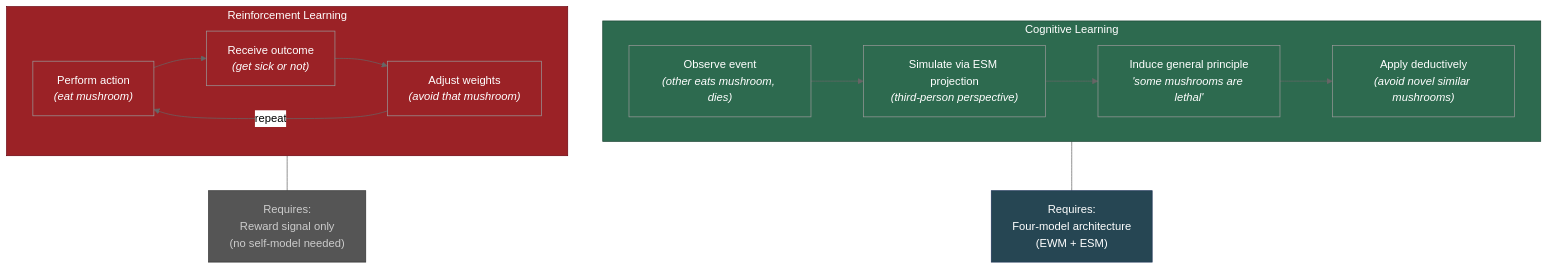
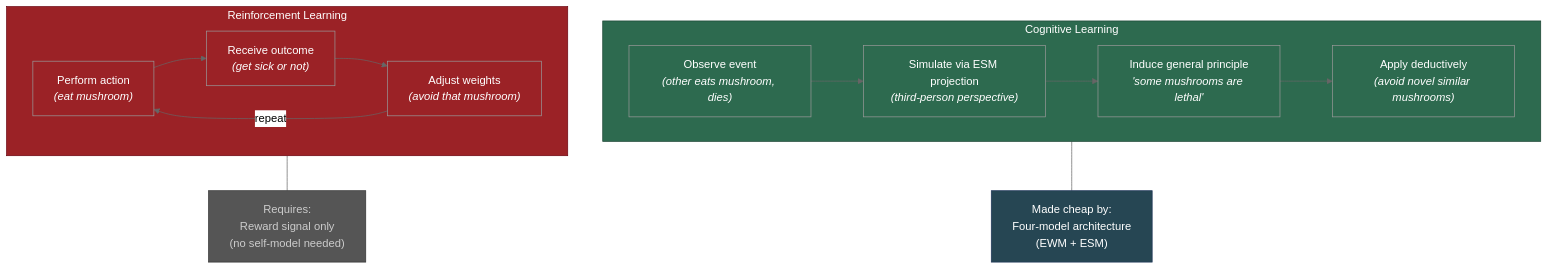
The diagram in wiki/bridge/cognitive-vs-reinforcement.md (JeltzProstetnic/aIware), drawn with Mermaid (neutral theme) before and after one commit. The commit also changed other lines of this file and 124 other files, not shown here.

````diff
--- a/wiki/bridge/cognitive-vs-reinforcement.md
+++ b/wiki/bridge/cognitive-vs-reinforcement.md
@@ -45,36 +45,36 @@
 ```mermaid
 graph TD
     subgraph CL["Cognitive Learning"]
         OBS["Observe event<br/><i>(other eats mushroom, dies)</i>"]
         SIM["Simulate via ESM projection<br/><i>(third-person perspective)</i>"]
         IND["Induce general principle<br/><i>'some mushrooms are lethal'</i>"]
         APP["Apply deductively<br/><i>(avoid novel similar mushrooms)</i>"]
         OBS --> SIM --> IND --> APP
     end
 
     subgraph RL["Reinforcement Learning"]
         ACT["Perform action<br/><i>(eat mushroom)</i>"]
         OUT["Receive outcome<br/><i>(get sick or not)</i>"]
         ADJ["Adjust weights<br/><i>(avoid that mushroom)</i>"]
         ACT --> OUT --> ADJ
         ADJ -->|"repeat"| ACT
     end
 
-    REQ1["Requires:<br/>Four-model architecture<br/>(EWM + ESM)"]
+    REQ1["Made cheap by:<br/>Four-model architecture<br/>(EWM + ESM)"]
     REQ2["Requires:<br/>Reward signal only<br/>(no self-model needed)"]
 
     CL --- REQ1
     RL --- REQ2
 
     style CL fill:#2d6a4f,color:#fff,stroke:#1b4332
     style RL fill:#9b2226,color:#fff,stroke:#6a040f
     style REQ1 fill:#264653,color:#fff,stroke:#1d3557
     style REQ2 fill:#555,color:#ccc,stroke:#333
     style OBS fill:#2d6a4f,color:#fff
     style SIM fill:#2d6a4f,color:#fff
     style IND fill:#2d6a4f,color:#fff
     style APP fill:#2d6a4f,color:#fff
     style ACT fill:#9b2226,color:#fff
     style OUT fill:#9b2226,color:#fff
     style ADJ fill:#9b2226,color:#fff
 ```
````
